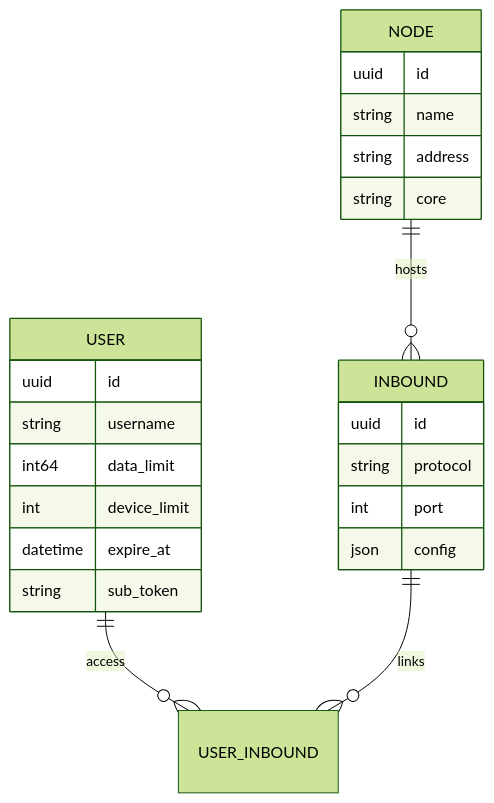
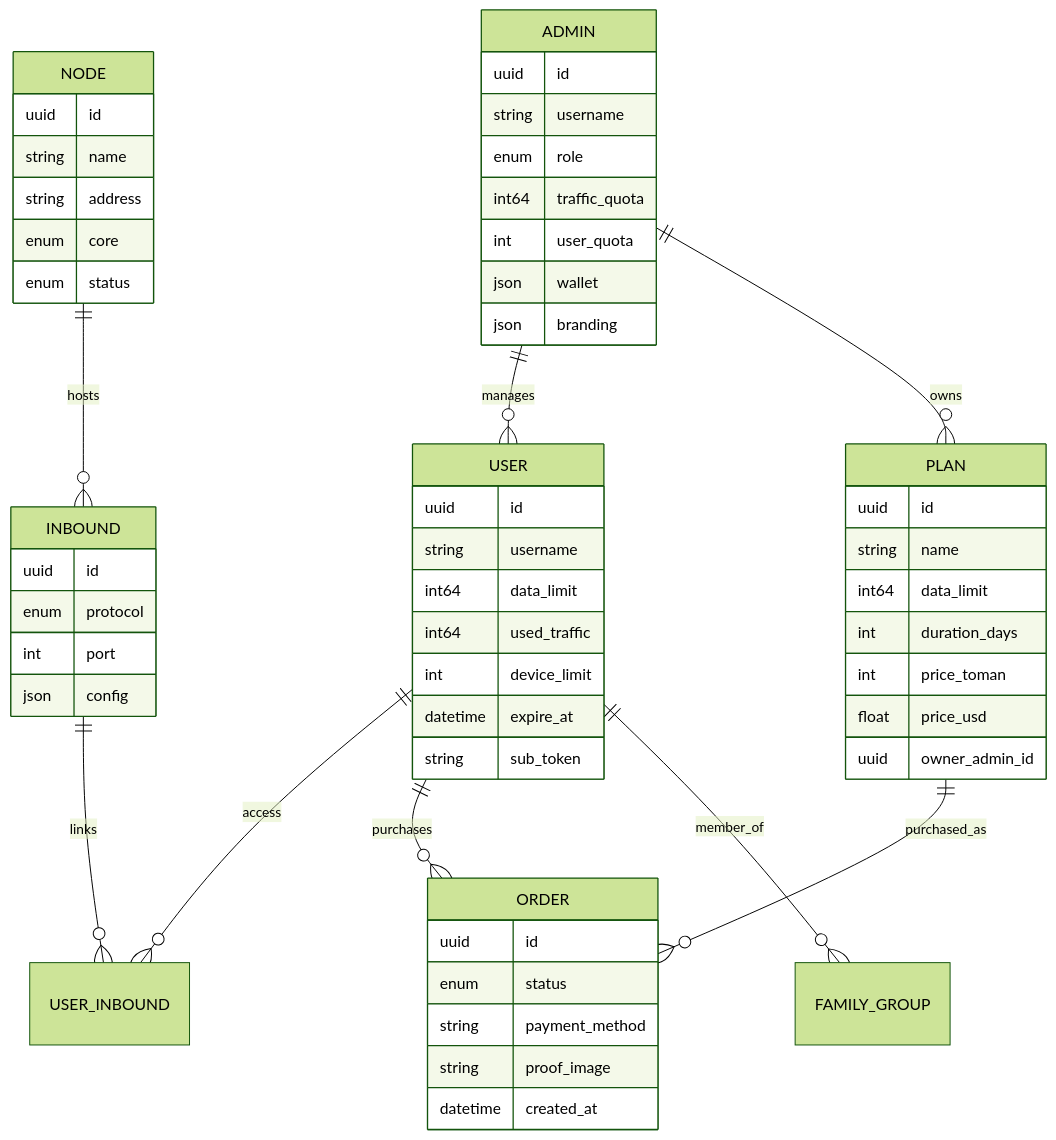
Before and after one commit to iPmartNetwork/VortexUI: the diagram in docs/wiki/ar/01-introduction.md, drawn with Mermaid (forest theme). The commit also changed other lines of this file and 56 other files, not shown here.

````diff
--- a/docs/wiki/ar/01-introduction.md
+++ b/docs/wiki/ar/01-introduction.md
@@ -46,26 +129,58 @@
 ```mermaid
 erDiagram
-    USER ||--o{ USER_INBOUND : "access"
-    NODE ||--o{ INBOUND : "hosts"
-    INBOUND ||--o{ USER_INBOUND : "links"
+    ADMIN ||--o{ USER : manages
+    ADMIN ||--o{ PLAN : owns
+    USER ||--o{ USER_INBOUND : access
+    USER ||--o{ ORDER : purchases
+    USER ||--o{ FAMILY_GROUP : member_of
+    NODE ||--o{ INBOUND : hosts
+    INBOUND ||--o{ USER_INBOUND : links
+    PLAN ||--o{ ORDER : purchased_as
+    ADMIN {
+        uuid id
+        string username
+        enum role
+        int64 traffic_quota
+        int user_quota
+        json wallet
+        json branding
+    }
     USER {
         uuid id
         string username
         int64 data_limit
+        int64 used_traffic
         int device_limit
         datetime expire_at
         string sub_token
     }
     NODE {
         uuid id
         string name
         string address
-        string core
+        enum core
+        enum status
     }
     INBOUND {
         uuid id
-        string protocol
+        enum protocol
         int port
         json config
     }
+    PLAN {
+        uuid id
+        string name
+        int64 data_limit
+        int duration_days
+        int price_toman
+        float price_usd
+        uuid owner_admin_id
+    }
+    ORDER {
+        uuid id
+        enum status
+        string payment_method
+        string proof_image
+        datetime created_at
+    }
 ```
````
